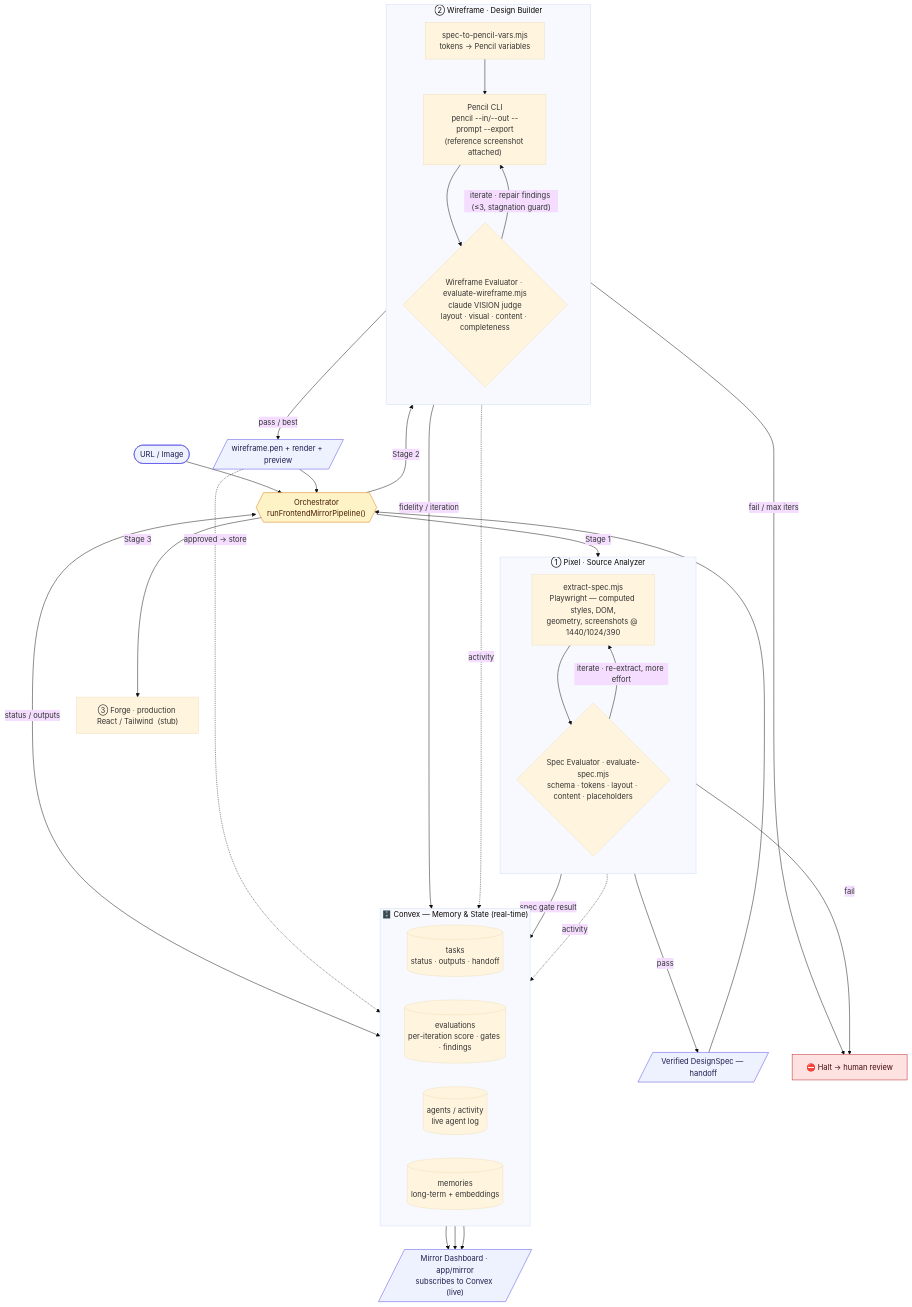
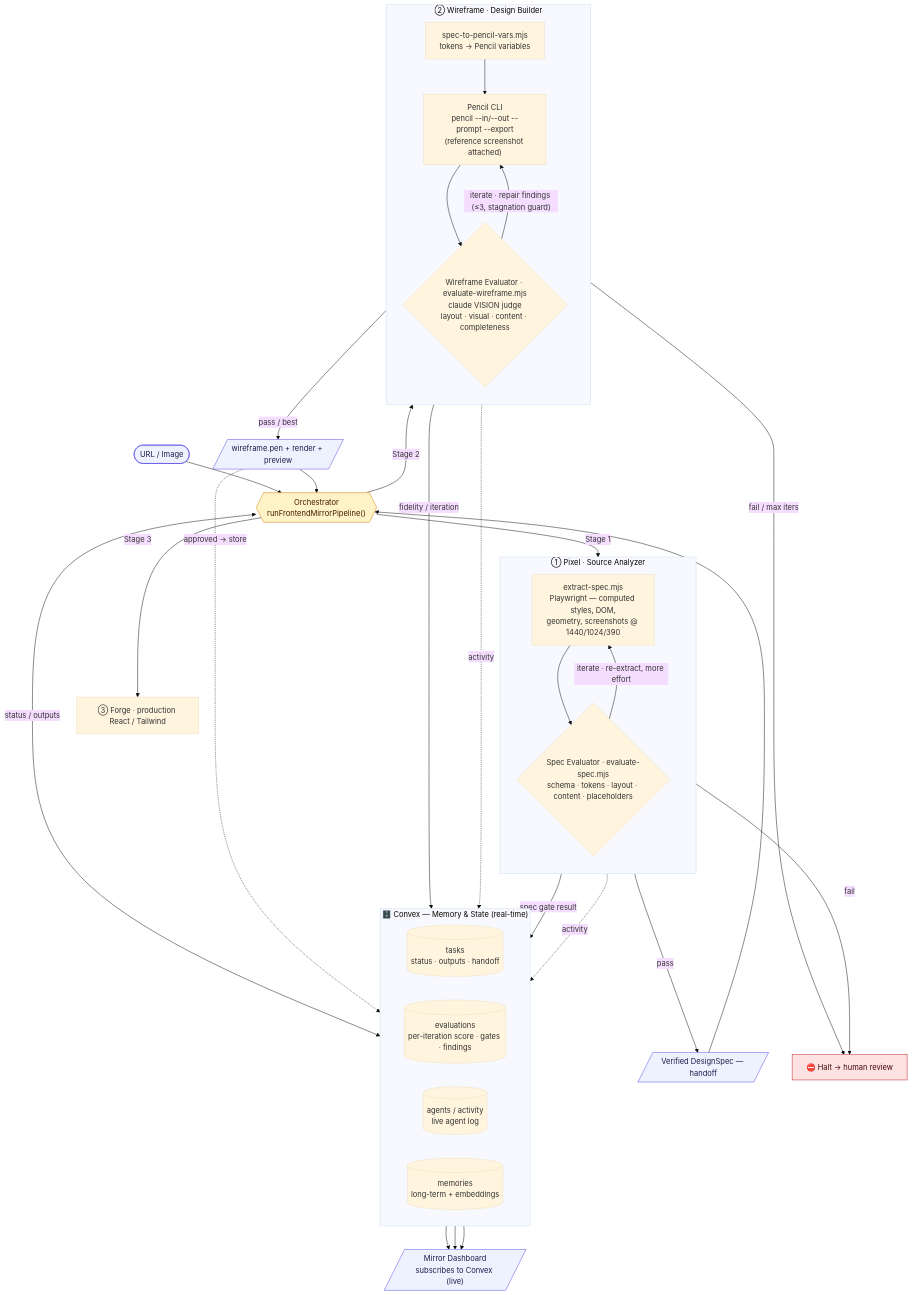
Before and after one commit to 0xtigerclaw/war_loops: the diagram in README.md, drawn with Mermaid (base theme). The commit also changed other lines of this file, not shown here.

First line of the commit message:
docs: lead with architecture, pitch as standalone project

````diff
--- a/README.md
+++ b/README.md
@@ -21,64 +12,64 @@
 ```mermaid
 flowchart TB
     SRC(["URL / Image"]):::io
     ORCH{{"Orchestrator<br/>runFrontendMirrorPipeline()"}}:::orch
 
     subgraph S1["① Pixel · Source Analyzer"]
       direction TB
       EX["extract-spec.mjs<br/>Playwright — computed styles, DOM,<br/>geometry, screenshots @ 1440/1024/390"]
       SE{"Spec Evaluator · evaluate-spec.mjs<br/>schema · tokens · layout · content · placeholders"}
       EX --> SE
       SE -->|"iterate · re-extract, more effort"| EX
     end
 
     subgraph S2["② Wireframe · Design Builder"]
       direction TB
       VARS["spec-to-pencil-vars.mjs<br/>tokens → Pencil variables"]
       BUILD["Pencil CLI<br/>pencil --in/--out --prompt --export<br/>(reference screenshot attached)"]
       WE{"Wireframe Evaluator · evaluate-wireframe.mjs<br/>claude VISION judge<br/>layout · visual · content · completeness"}
       VARS --> BUILD --> WE
       WE -->|"iterate · repair findings (≤3, stagnation guard)"| BUILD
     end
 
-    FORGE["③ Forge · production React / Tailwind  (stub)"]
+    FORGE["③ Forge · production React / Tailwind"]
     HAND[/"Verified DesignSpec — handoff"/]:::io
     OUT[/"wireframe.pen + render + preview"/]:::io
     REV["⛔ Halt → human review"]:::warn
 
     subgraph CVX["🗄️ Convex — Memory &amp; State (real-time)"]
       direction LR
       T[("tasks<br/>status · outputs · handoff")]
       EV[("evaluations<br/>per-iteration score · gates · findings")]
       AC[("agents / activity<br/>live agent log")]
       MEM[("memories<br/>long-term + embeddings")]
     end
 
-    UI[/"Mirror Dashboard · app/mirror<br/>subscribes to Convex (live)"/]:::io
+    UI[/"Mirror Dashboard<br/>subscribes to Convex (live)"/]:::io
 
     %% --- pipeline flow ---
     SRC --> ORCH
     ORCH -->|"Stage 1"| EX
     SE -->|"pass"| HAND
     SE -->|"fail"| REV
     HAND --> ORCH
     ORCH -->|"Stage 2"| VARS
     WE -->|"pass / best"| OUT
     WE -->|"fail / max iters"| REV
     OUT --> ORCH
     ORCH -->|"Stage 3"| FORGE
 
     %% --- memory & state (Convex) ---
     ORCH <-->|"status / outputs"| T
     SE -->|"spec gate result"| EV
     WE -->|"fidelity / iteration"| EV
     S1 -.->|"activity"| AC
     S2 -.->|"activity"| AC
     OUT -.->|"approved → store"| MEM
     T --> UI
     EV --> UI
     AC --> UI
 
     classDef io fill:#eef2ff,stroke:#4f46e5,color:#1e1b4b;
     classDef orch fill:#fef3c7,stroke:#d97706,color:#451a03;
     classDef warn fill:#fee2e2,stroke:#b91c1c,color:#450a0a;
 ```
````
